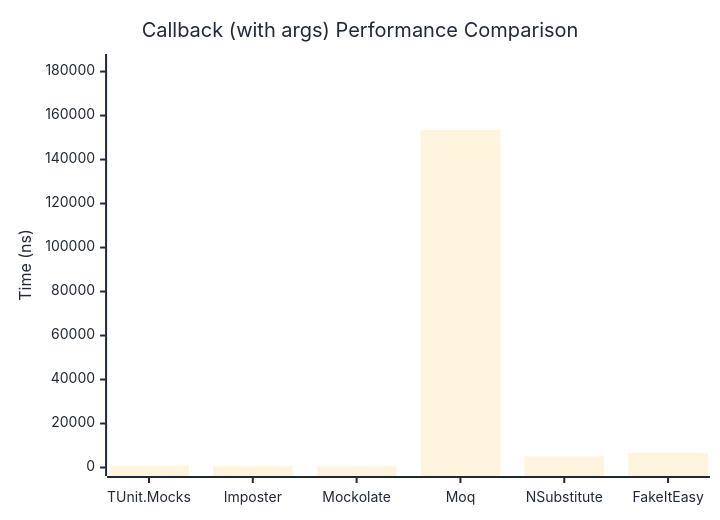
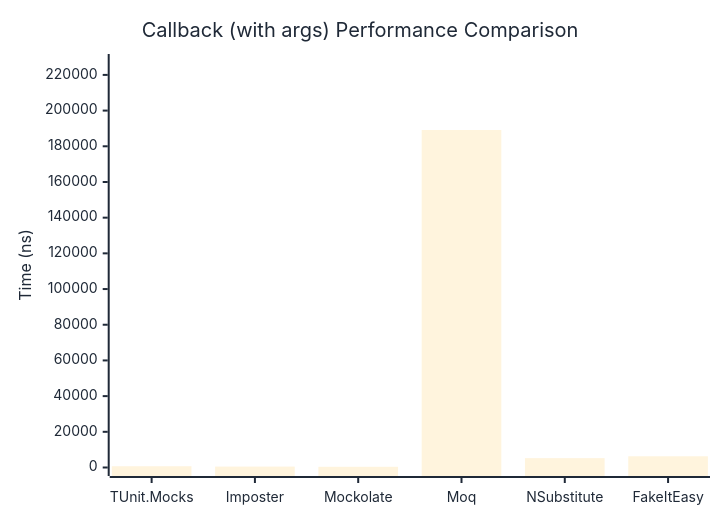
Before and after one commit to weiyilai/TUnit: the second of 2 diagrams in docs/docs/benchmarks/mocks/Callback.md, drawn with Mermaid. The commit also changed other lines of this file and 14 other files, not shown here.

````diff
--- a/docs/docs/benchmarks/mocks/Callback.md
+++ b/docs/docs/benchmarks/mocks/Callback.md
@@ -69,27 +69,27 @@
 ```mermaid
 %%{init: {
   'theme':'base',
   'themeVariables': {
     'primaryColor': '#2563eb',
     'primaryTextColor': '#1f2937',
     'primaryBorderColor': '#1e40af',
     'lineColor': '#6b7280',
     'secondaryColor': '#7c3aed',
     'tertiaryColor': '#dc2626',
     'background': '#ffffff',
     'pie1': '#2563eb',
     'pie2': '#7c3aed',
     'pie3': '#dc2626',
     'pie4': '#f59e0b',
     'pie5': '#10b981',
     'pie6': '#06b6d4',
     'pie7': '#ec4899',
     'pie8': '#6366f1'
   }
 }}%%
 xychart-beta
   title "Callback (with args) Performance Comparison"
   x-axis ["TUnit.Mocks", "Imposter", "Mockolate", "Moq", "NSubstitute", "FakeItEasy"]
-  y-axis "Time (ns)" 0 --> 184115
-  bar [852.8, 633.5, 500.8, 153428.6, 5095.5, 6588.3]
+  y-axis "Time (ns)" 0 --> 226949
+  bar [706.7, 512.7, 392.2, 189124.1, 5249.4, 6283.3]
 ```
````
